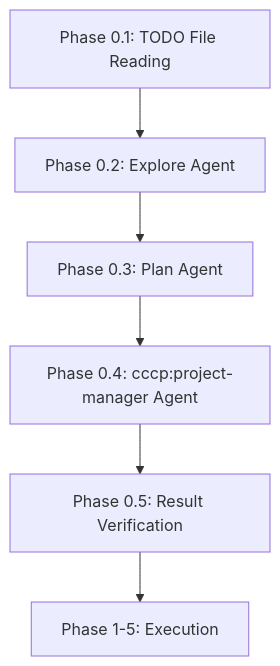
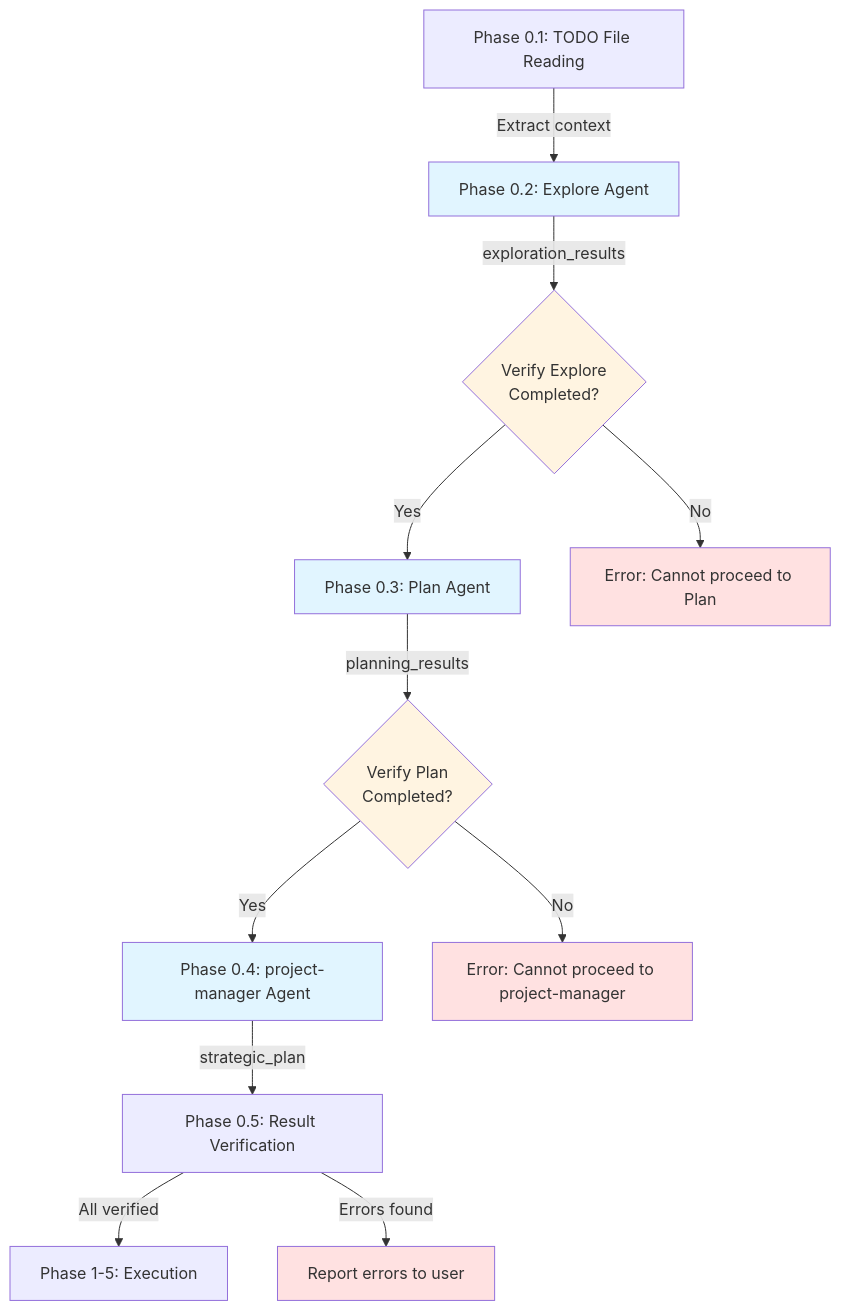
The first of 3 diagrams in plugins/cccp/TODO-TASK-HOWTO.md (gendosu/gendosu-claude-plugins), drawn with Mermaid before and after one commit. The commit also changed other lines of this file, not shown here.

First line of the commit message:
docs: complete Phase 3 todo-task-planning guide sections

````diff
--- a/plugins/cccp/TODO-TASK-HOWTO.md
+++ b/plugins/cccp/TODO-TASK-HOWTO.md
@@ -715,8 +1414,22 @@
 ```mermaid
 graph TD
-    A[Phase 0.1: TODO File Reading] --> B[Phase 0.2: Explore Agent]
-    B --> C[Phase 0.3: Plan Agent]
-    C --> D[Phase 0.4: cccp:project-manager Agent]
-    D --> E[Phase 0.5: Result Verification]
-    E --> F[Phase 1-5: Execution]
+    A[Phase 0.1: TODO File Reading] -->|Extract context| B[Phase 0.2: Explore Agent]
+    B -->|exploration_results| C{Verify Explore<br/>Completed?}
+    C -->|Yes| D[Phase 0.3: Plan Agent]
+    C -->|No| E[Error: Cannot proceed to Plan]
+    D -->|planning_results| F{Verify Plan<br/>Completed?}
+    F -->|Yes| G[Phase 0.4: project-manager Agent]
+    F -->|No| H[Error: Cannot proceed to project-manager]
+    G -->|strategic_plan| I[Phase 0.5: Result Verification]
+    I -->|All verified| J[Phase 1-5: Execution]
+    I -->|Errors found| K[Report errors to user]
+
+    style B fill:#e1f5ff
+    style D fill:#e1f5ff
+    style G fill:#e1f5ff
+    style C fill:#fff4e1
+    style F fill:#fff4e1
+    style E fill:#ffe1e1
+    style H fill:#ffe1e1
+    style K fill:#ffe1e1
 ```
````
